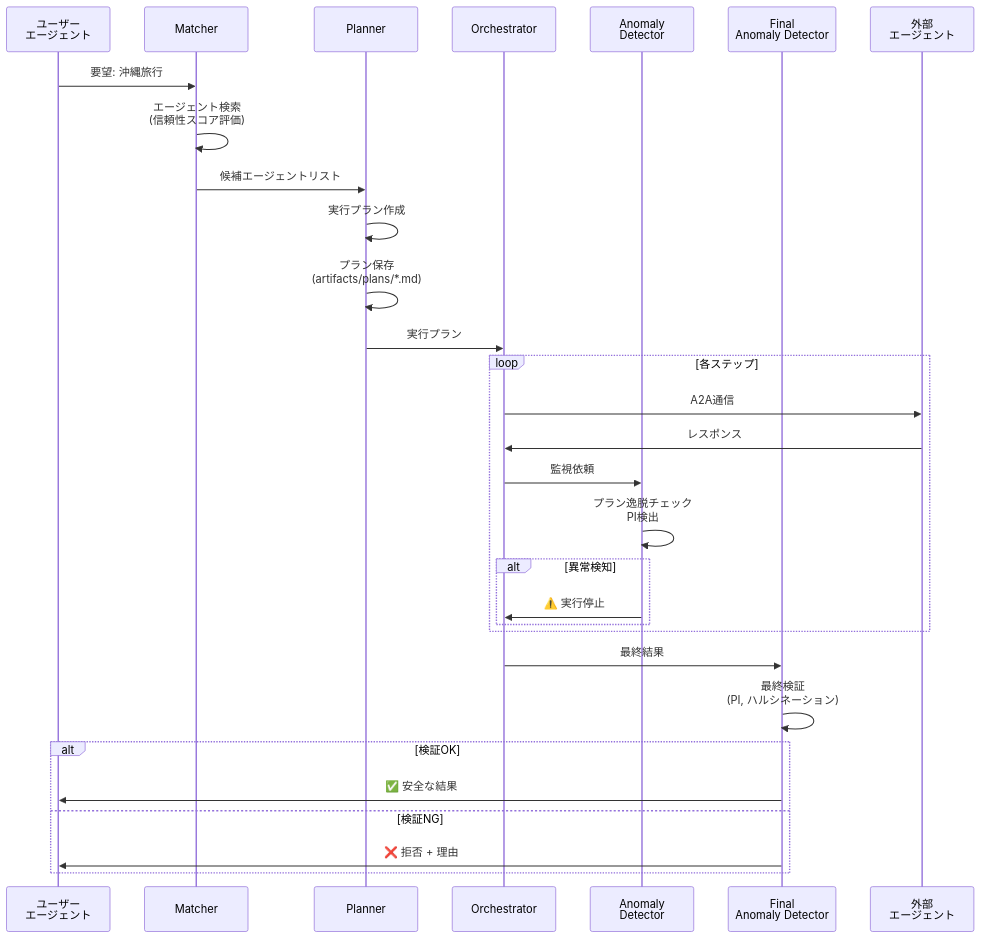
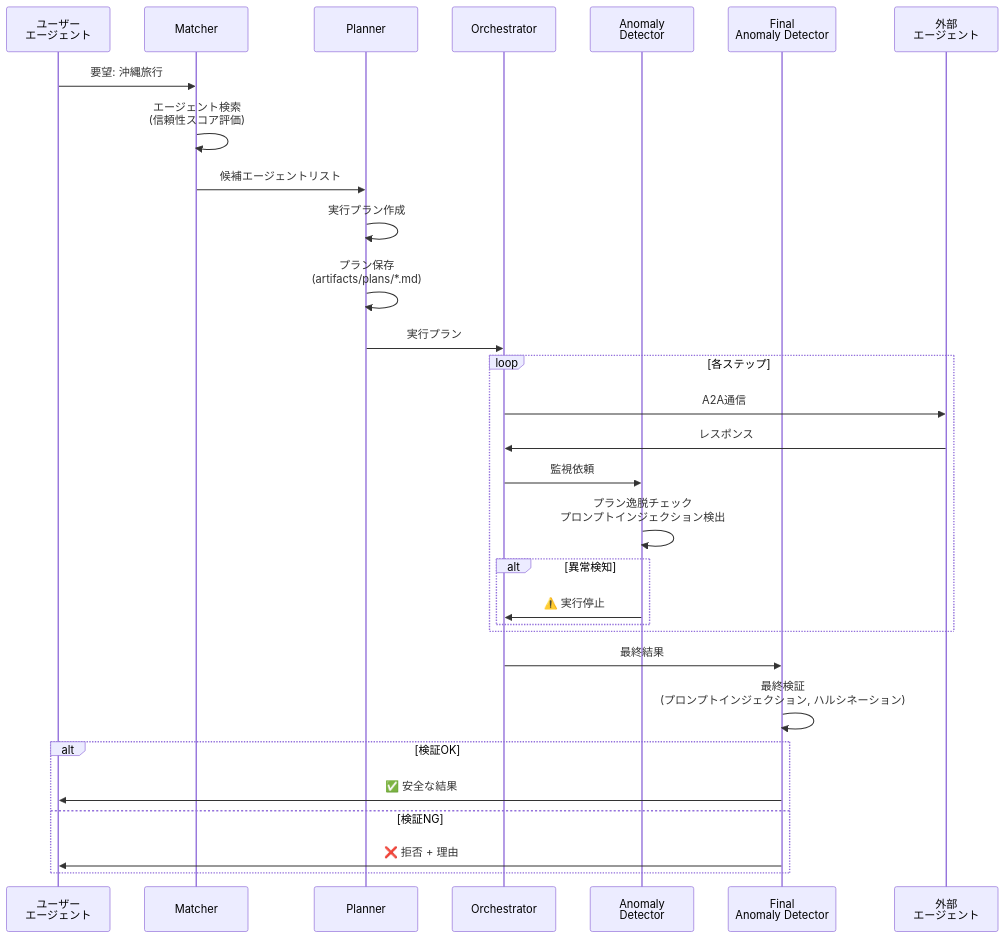
One commit to TaichiHiromatsu/secure-ai-agent-matching-platform changed the fourth of 4 diagrams in README.md. Above: the diagram before and after it, drawn with Mermaid.

Commit message:
docs: PIをプロンプトインジェクションに置き換え
🤖 Generated with [Claude Code](https://claude.com/claude-code)

````diff
--- a/README.md
+++ b/README.md
@@ -186,36 +186,36 @@
 ```mermaid
 sequenceDiagram
     participant U as ユーザー<br/>エージェント
     participant M as Matcher
     participant P as Planner
     participant O as Orchestrator
     participant A as Anomaly<br/>Detector
     participant F as Final<br/>Anomaly Detector
     participant E as 外部<br/>エージェント
 
     U->>M: 要望: 沖縄旅行
     M->>M: エージェント検索<br/>(信頼性スコア評価)
     M->>P: 候補エージェントリスト
     P->>P: 実行プラン作成
     P->>P: プラン保存<br/>(artifacts/plans/*.md)
     P->>O: 実行プラン
 
     loop 各ステップ
         O->>E: A2A通信
         E->>O: レスポンス
         O->>A: 監視依頼
-        A->>A: プラン逸脱チェック<br/>PI検出
+        A->>A: プラン逸脱チェック<br/>プロンプトインジェクション検出
         alt 異常検知
             A->>O: ⚠️ 実行停止
         end
     end
 
     O->>F: 最終結果
-    F->>F: 最終検証<br/>(PI, ハルシネーション)
+    F->>F: 最終検証<br/>(プロンプトインジェクション, ハルシネーション)
 
     alt 検証OK
         F->>U: ✅ 安全な結果
     else 検証NG
         F->>U: ❌ 拒否 + 理由
     end
 ```
````
